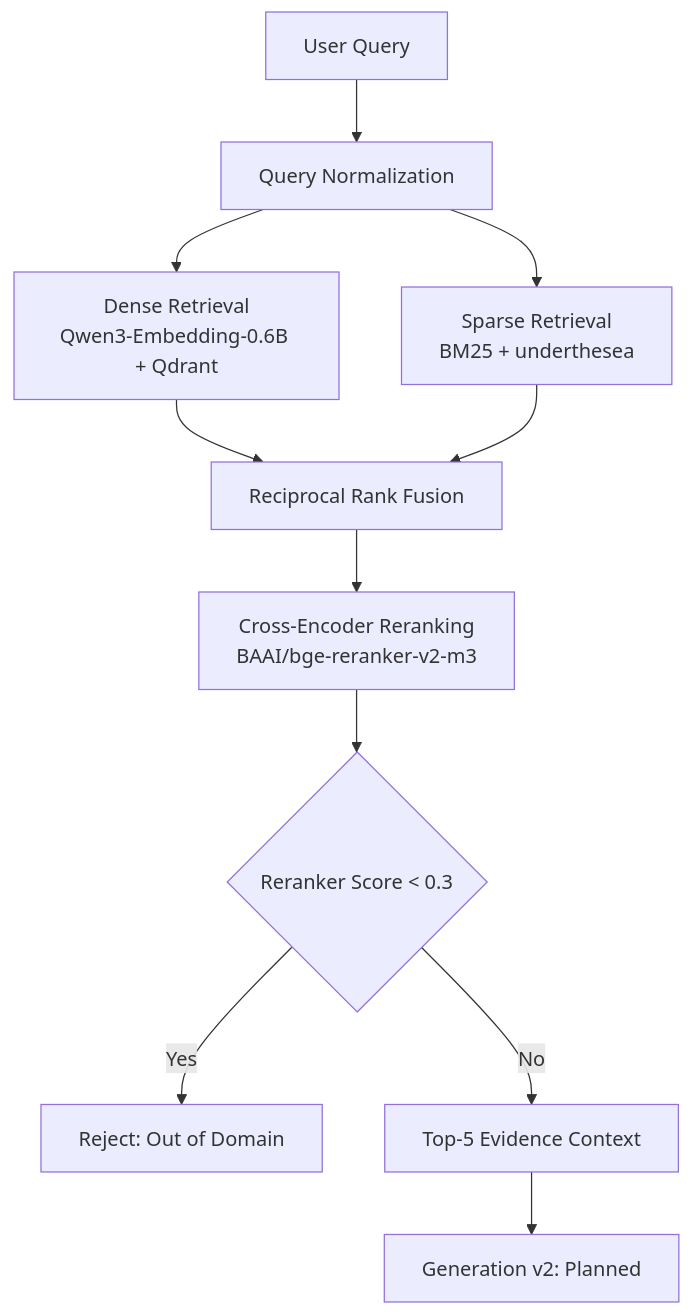
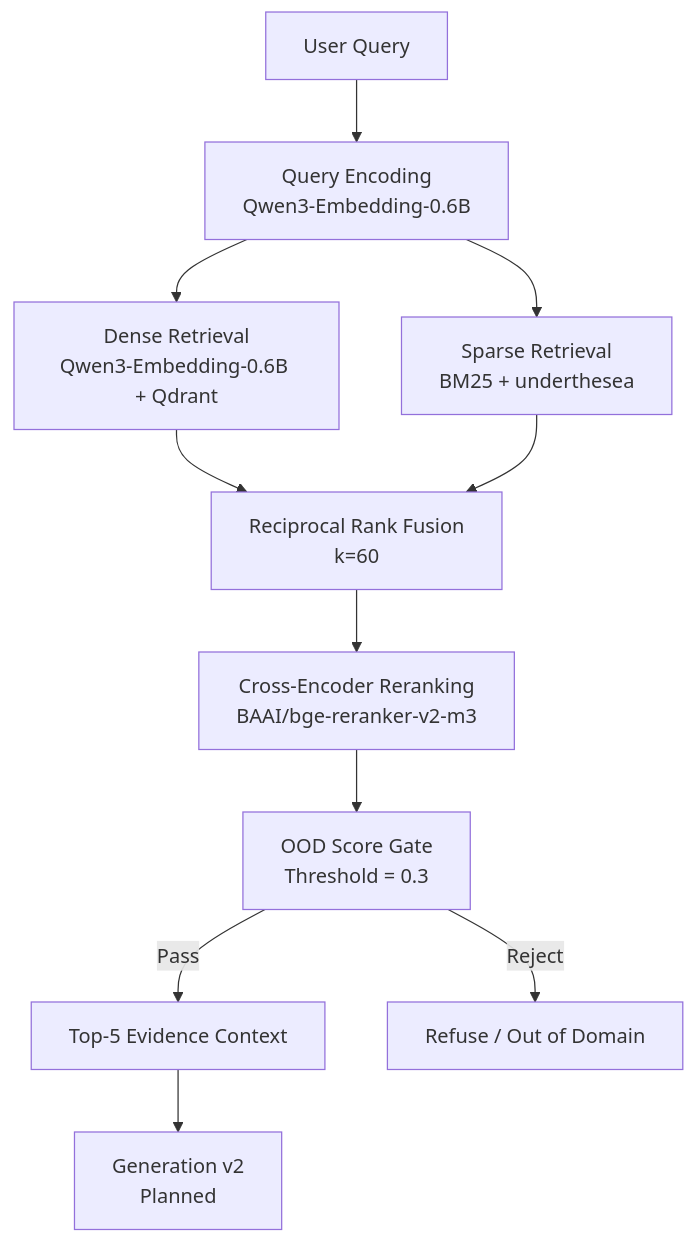
The diagram in README.md (wgnamlabs/vietnamese-maternal-health-rag), drawn with Mermaid before and after one commit. The commit also changed other lines of this file and 1 other file, not shown here.

````diff
--- a/README.md
+++ b/README.md
@@ -55,18 +57,18 @@
 ```mermaid
 flowchart TD
-    A[User Query] --> C[Query Normalization]
+    A[User Query] --> C[Query Encoding<br/>Qwen3-Embedding-0.6B]
 
     C --> D[Dense Retrieval<br/>Qwen3-Embedding-0.6B + Qdrant]
     C --> E[Sparse Retrieval<br/>BM25 + underthesea]
 
-    D --> F[Reciprocal Rank Fusion]
+    D --> F[Reciprocal Rank Fusion<br/>k=60]
     E --> F
 
     F --> G[Cross-Encoder Reranking<br/>BAAI/bge-reranker-v2-m3]
+    G --> H[OOD Score Gate<br/>Threshold = 0.3]
     
-    G --> H{Reranker Score < 0.3}
-    H -->|Yes| I[Reject: Out of Domain]
-    H -->|No| J[Top-5 Evidence Context]
-
-    J --> K[Generation v2: Planned]
+    H -->|Pass| I[Top-5 Evidence Context]
+    H -->|Reject| T[Refuse / Out of Domain]
+    
+    I --> J[Generation v2<br/>Planned]
 ```
````
